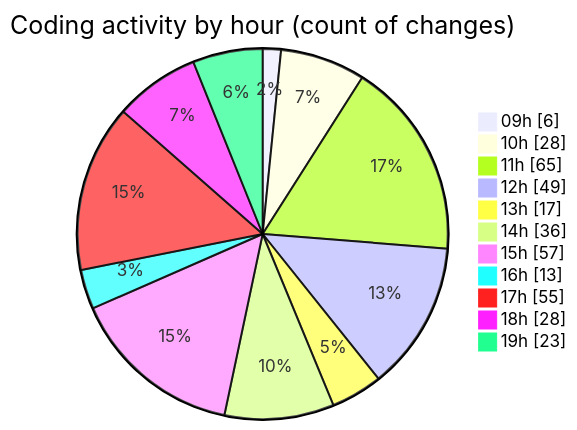
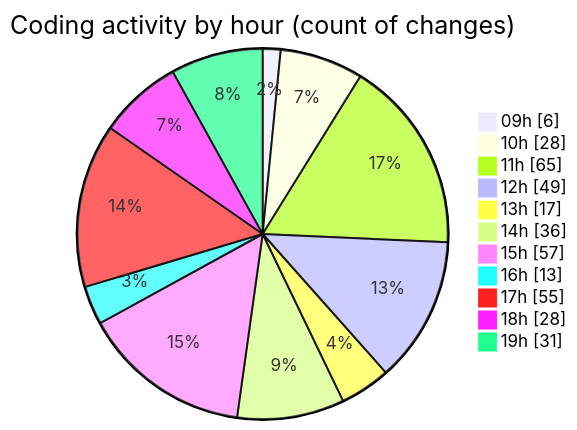
The second of 2 diagrams in 2025-03-27/cda/README.md (momahboobian/code-tracking), drawn with Mermaid before and after one commit. The commit also changed other lines of this file and 1 other file, not shown here.

````diff
--- a/2025-03-27/cda/README.md
+++ b/2025-03-27/cda/README.md
@@ -50,15 +50,15 @@
 ```mermaid
 pie showData
 title Coding activity by hour (count of changes)
 "09h" : 6
 "10h" : 28
 "11h" : 65
 "12h" : 49
 "13h" : 17
 "14h" : 36
 "15h" : 57
 "16h" : 13
 "17h" : 55
 "18h" : 28
-"19h" : 23
+"19h" : 31
 ```
````
